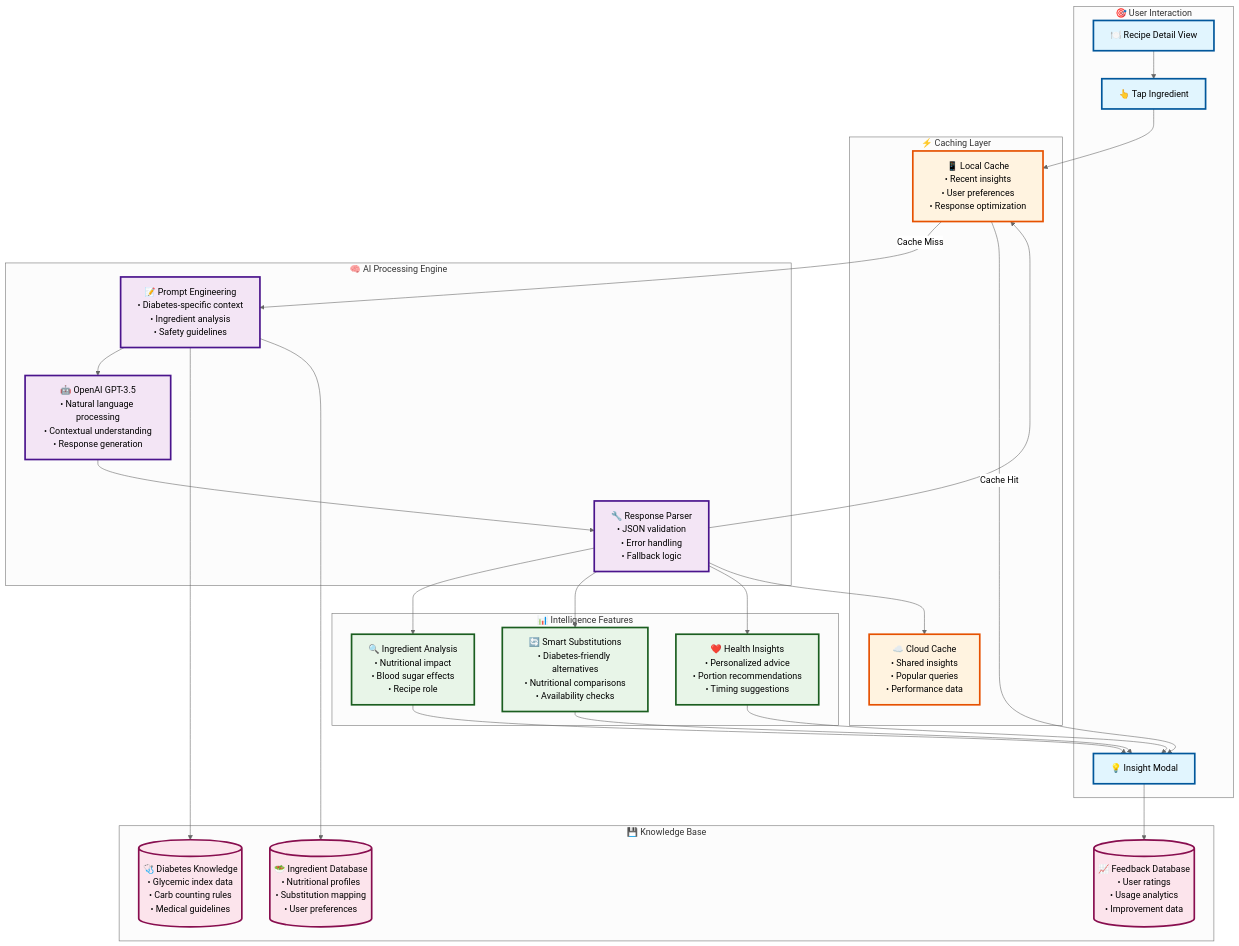
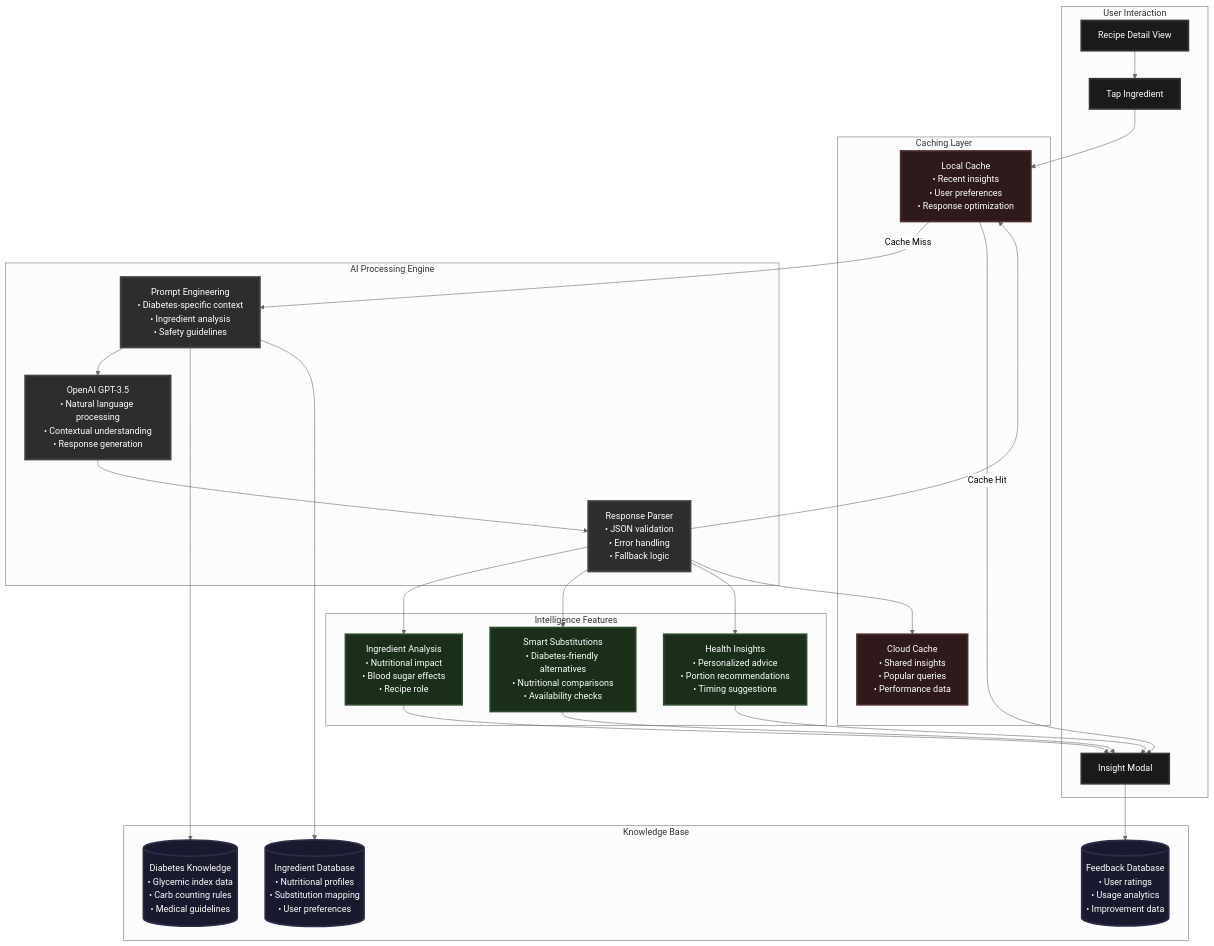
The fourth of 6 diagrams in README.md (abhinavsrinivasan/diabetes-me), drawn with Mermaid (neutral theme) before and after one commit. The commit also changed other lines of this file, not shown here.

````diff
--- a/README.md
+++ b/README.md
@@ -241,65 +248,65 @@
 ```mermaid
 graph TB
-    subgraph "🎯 User Interaction"
-        RecipeView[🍽️ Recipe Detail View]
-        IngredientTap[👆 Tap Ingredient]
-        InsightModal[💡 Insight Modal]
+    subgraph "User Interaction"
+        RecipeView[Recipe Detail View]
+        IngredientTap[Tap Ingredient]
+        InsightModal[Insight Modal]
     end
     
-    subgraph "⚡ Caching Layer"
-        LocalCache[📱 Local Cache<br/>• Recent insights<br/>• User preferences<br/>• Response optimization]
-        SupabaseCache[☁️ Cloud Cache<br/>• Shared insights<br/>• Popular queries<br/>• Performance data]
+    subgraph "Caching Layer"
+        LocalCache[Local Cache<br/>• Recent insights<br/>• User preferences<br/>• Response optimization]
+        SupabaseCache[Cloud Cache<br/>• Shared insights<br/>• Popular queries<br/>• Performance data]
     end
     
-    subgraph "🧠 AI Processing Engine"
-        PromptEngine[📝 Prompt Engineering<br/>• Diabetes-specific context<br/>• Ingredient analysis<br/>• Safety guidelines]
-        OpenAIAPI[🤖 OpenAI GPT-3.5<br/>• Natural language processing<br/>• Contextual understanding<br/>• Response generation]
-        ResponseParser[🔧 Response Parser<br/>• JSON validation<br/>• Error handling<br/>• Fallback logic]
+    subgraph "AI Processing Engine"
+        PromptEngine[Prompt Engineering<br/>• Diabetes-specific context<br/>• Ingredient analysis<br/>• Safety guidelines]
+        OpenAIAPI[OpenAI GPT-3.5<br/>• Natural language processing<br/>• Contextual understanding<br/>• Response generation]
+        ResponseParser[Response Parser<br/>• JSON validation<br/>• Error handling<br/>• Fallback logic]
     end
     
-    subgraph "📊 Intelligence Features"
-        IngredientAnalysis[🔍 Ingredient Analysis<br/>• Nutritional impact<br/>• Blood sugar effects<br/>• Recipe role]
-        SmartSubstitutions[🔄 Smart Substitutions<br/>• Diabetes-friendly alternatives<br/>• Nutritional comparisons<br/>• Availability checks]
-        HealthInsights[❤️ Health Insights<br/>• Personalized advice<br/>• Portion recommendations<br/>• Timing suggestions]
+    subgraph "Intelligence Features"
+        IngredientAnalysis[Ingredient Analysis<br/>• Nutritional impact<br/>• Blood sugar effects<br/>• Recipe role]
+        SmartSubstitutions[Smart Substitutions<br/>• Diabetes-friendly alternatives<br/>• Nutritional comparisons<br/>• Availability checks]
+        HealthInsights[Health Insights<br/>• Personalized advice<br/>• Portion recommendations<br/>• Timing suggestions]
     end
     
-    subgraph "💾 Knowledge Base"
-        DiabetesDB[(🩺 Diabetes Knowledge<br/>• Glycemic index data<br/>• Carb counting rules<br/>• Medical guidelines)]
-        IngredientDB[(🥗 Ingredient Database<br/>• Nutritional profiles<br/>• Substitution mapping<br/>• User preferences)]
-        FeedbackDB[(📈 Feedback Database<br/>• User ratings<br/>• Usage analytics<br/>• Improvement data)]
+    subgraph "Knowledge Base"
+        DiabetesDB[(Diabetes Knowledge<br/>• Glycemic index data<br/>• Carb counting rules<br/>• Medical guidelines)]
+        IngredientDB[(Ingredient Database<br/>• Nutritional profiles<br/>• Substitution mapping<br/>• User preferences)]
+        FeedbackDB[(Feedback Database<br/>• User ratings<br/>• Usage analytics<br/>• Improvement data)]
     end
     
     RecipeView --> IngredientTap
     IngredientTap --> LocalCache
     LocalCache -->|Cache Miss| PromptEngine
     LocalCache -->|Cache Hit| InsightModal
     
     PromptEngine --> OpenAIAPI
     OpenAIAPI --> ResponseParser
     ResponseParser --> IngredientAnalysis
     ResponseParser --> SmartSubstitutions
     ResponseParser --> HealthInsights
     
     IngredientAnalysis --> InsightModal
     SmartSubstitutions --> InsightModal
     HealthInsights --> InsightModal
     
     ResponseParser --> LocalCache
     ResponseParser --> SupabaseCache
     
     PromptEngine --> DiabetesDB
     PromptEngine --> IngredientDB
     InsightModal --> FeedbackDB
     
-    classDef userStyle fill:#e1f5fe,stroke:#01579b,stroke-width:3px
-    classDef cacheStyle fill:#fff3e0,stroke:#e65100,stroke-width:3px
-    classDef aiStyle fill:#f3e5f5,stroke:#4a148c,stroke-width:3px
-    classDef intelligenceStyle fill:#e8f5e8,stroke:#1b5e20,stroke-width:3px
-    classDef dbStyle fill:#fce4ec,stroke:#880e4f,stroke-width:3px
+    classDef userStyle fill:#1a1a1a,stroke:#333333,stroke-width:3px,color:#ffffff
+    classDef cacheStyle fill:#2e1a1a,stroke:#4a2d2d,stroke-width:3px,color:#ffffff
+    classDef aiStyle fill:#2d2d2d,stroke:#444444,stroke-width:3px,color:#ffffff
+    classDef intelligenceStyle fill:#1a2e1a,stroke:#2d4a2d,stroke-width:3px,color:#ffffff
+    classDef dbStyle fill:#1a1a2e,stroke:#2d2d4a,stroke-width:3px,color:#ffffff
     
     class RecipeView,IngredientTap,InsightModal userStyle
     class LocalCache,SupabaseCache cacheStyle
     class PromptEngine,OpenAIAPI,ResponseParser aiStyle
     class IngredientAnalysis,SmartSubstitutions,HealthInsights intelligenceStyle
     class DiabetesDB,IngredientDB,FeedbackDB dbStyle
 ```
````
